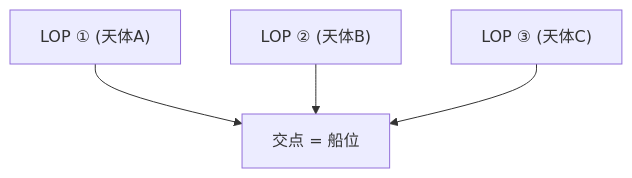
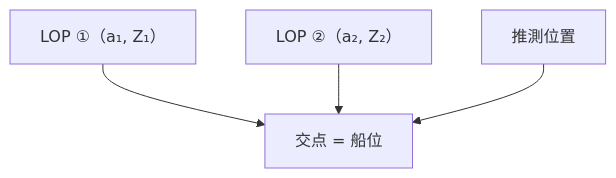
One commit to serkenn/Navigation-calculations changed the fifth of 6 diagrams in docs/celestial.md. Above: the diagram before and after it, drawn with Mermaid. The commit also changed other lines of this file and 6 other files, not shown here.

````diff
--- a/docs/celestial.md
+++ b/docs/celestial.md
@@ -143,6 +172,6 @@
 ```mermaid
 flowchart TD
-    A["LOP ① (天体A)"] --> D[交点 = 船位]
-    B["LOP ② (天体B)"] --> D
-    C["LOP ③ (天体C)"] --> D
+    A["LOP ①（a₁, Z₁）"] --> C["交点 = 船位"]
+    B["LOP ②（a₂, Z₂）"] --> C
+    D[推測位置] --> C
 ```
````
